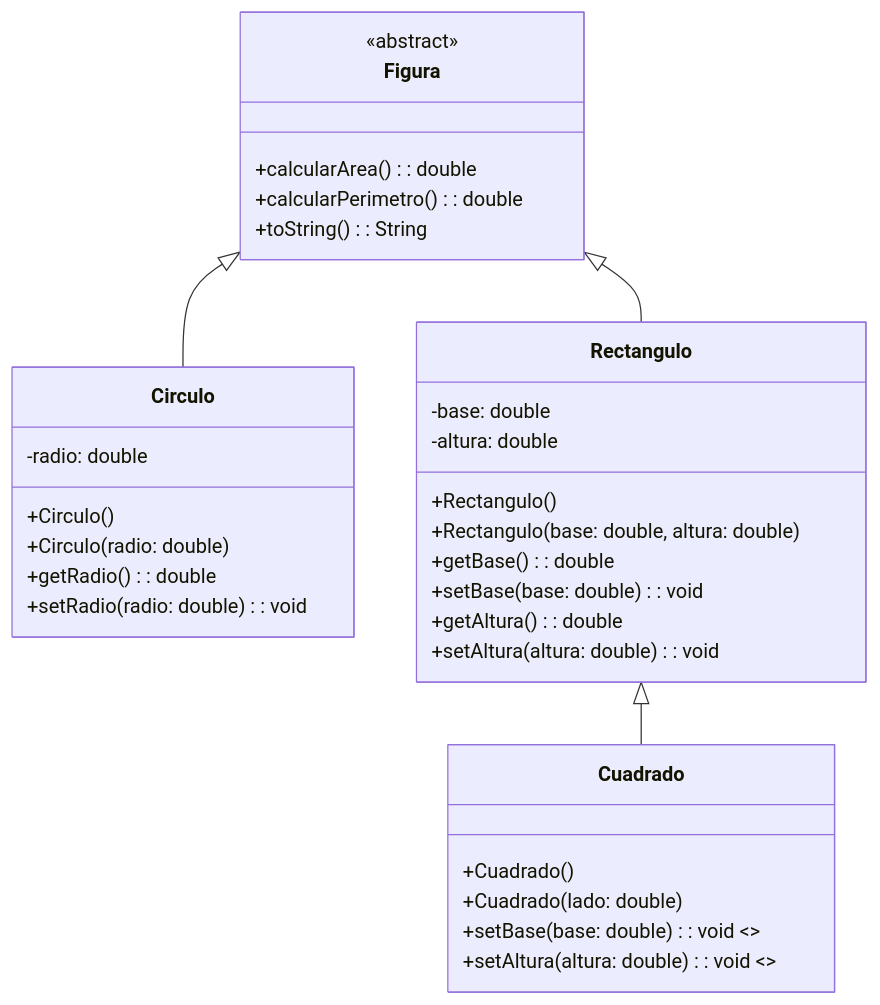
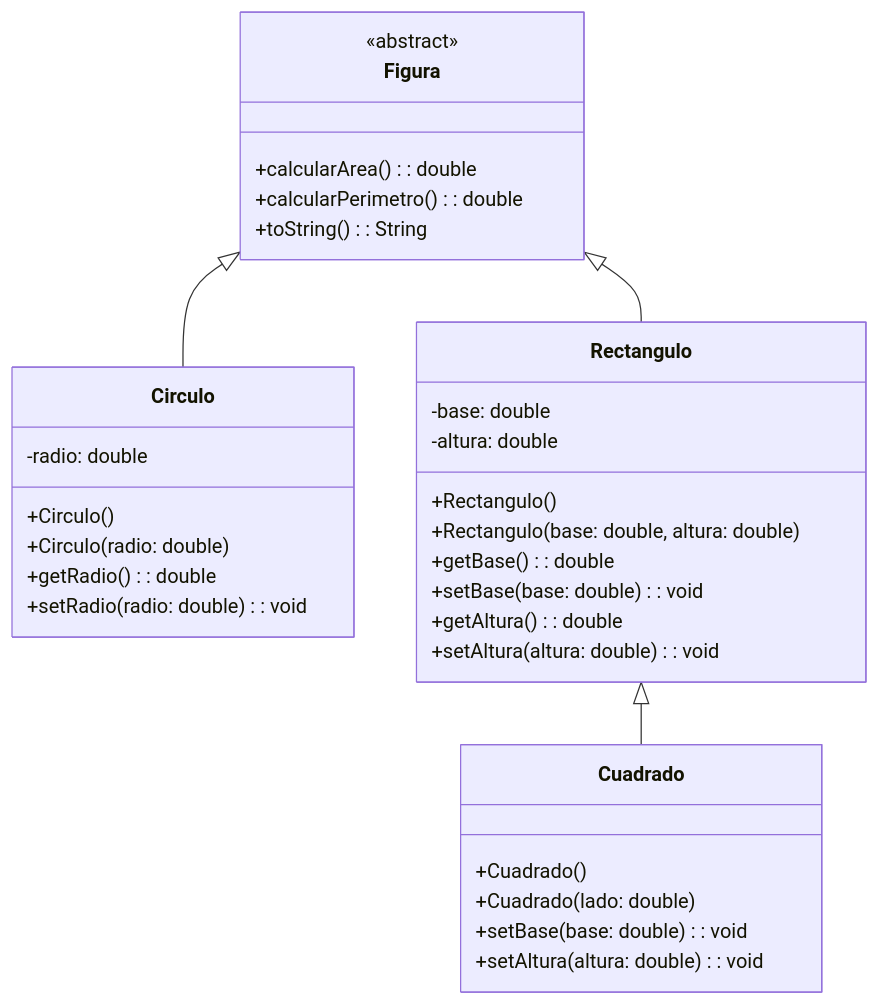
One commit to Salvador-GA/APALOO changed the diagram in 1.5 EjClaseAbstracta/README.md. Above: the diagram before and after it, drawn with Mermaid.

````diff
--- a/1.5 EjClaseAbstracta/README.md
+++ b/1.5 EjClaseAbstracta/README.md
@@ -3,38 +3,40 @@
 ```mermaid
 classDiagram
-    class Figura <<abstract>> {
+    class Figura {
+        <<abstract>>
         +calcularArea(): double
         +calcularPerimetro(): double
         +toString(): String
     }
 
     class Circulo {
         -radio: double
         +Circulo()
         +Circulo(radio: double)
         +getRadio(): double
         +setRadio(radio: double): void
     }
 
     class Rectangulo {
         -base: double
         -altura: double
         +Rectangulo()
         +Rectangulo(base: double, altura: double)
         +getBase(): double
         +setBase(base: double): void
         +getAltura(): double
         +setAltura(altura: double): void
     }
 
     class Cuadrado {
         +Cuadrado()
         +Cuadrado(lado: double)
-        +setBase(base: double): void <<override>>
-        +setAltura(altura: double): void <<override>>
+        +setBase(base: double): void
+        +setAltura(altura: double): void
     }
 
     Figura <|-- Circulo
     Figura <|-- Rectangulo
     Rectangulo <|-- Cuadrado
+
 ```
````
